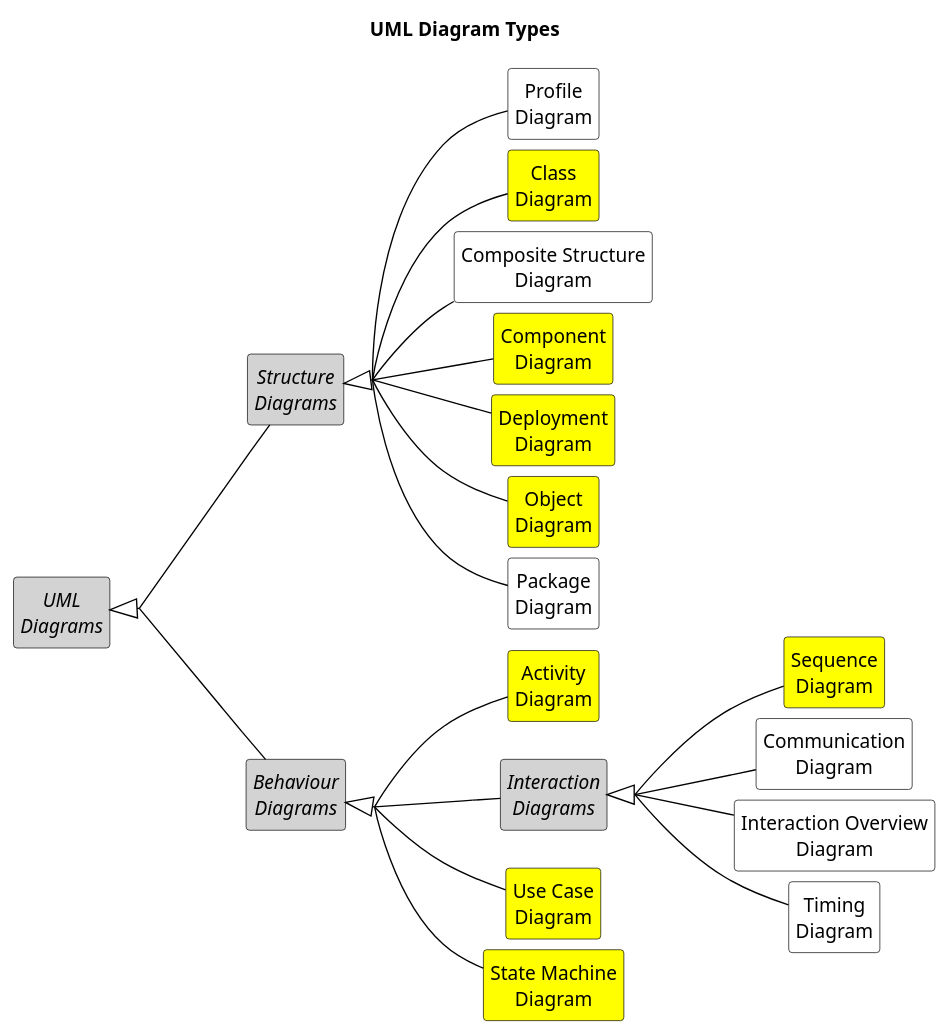
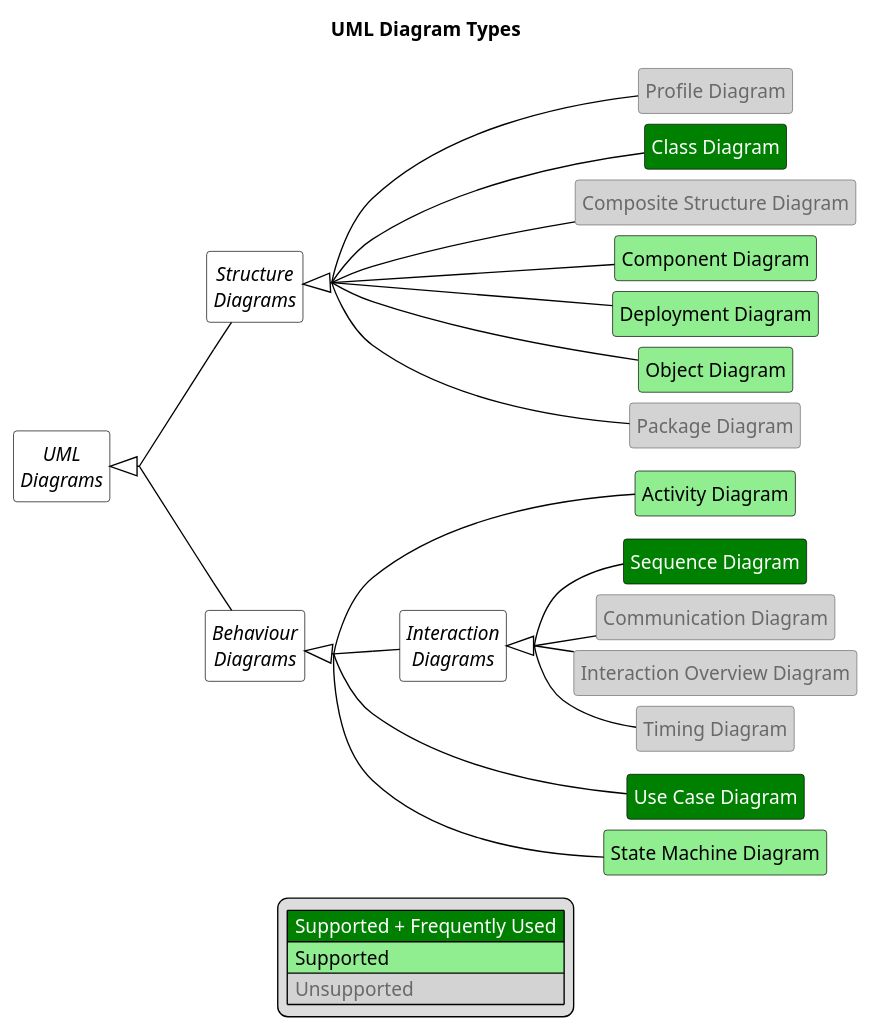
Before and after one commit to alan-playstudios/plantuml-experiments: the diagram in PlantUML/DiagramTypes.puml, drawn with PlantUML.

Commit message:
Edited the diagram-types diagram appearance somewhat

```diff
--- a/PlantUML/DiagramTypes.puml
+++ b/PlantUML/DiagramTypes.puml
@@ -1,72 +1,97 @@
-@startuml
+@startuml UML Diagram Types
 'https://plantuml.com/class-diagram
 
 left to right direction
 
 skinparam Padding 2
 skinparam NodeSep 8
+skinparam RankSep 30
 skinparam groupInheritance 2
 
+skinparam class<<Category>> {
+    BackgroundColor White
+    BorderColor Black
+}
+
+skinparam class<<FrequentSupported>> {
+    BackgroundColor Green
+    BorderColor Black
+    FontColor White
+}
+
+skinparam class<<Supported>> {
+    BackgroundColor LightGreen
+    BorderColor Black
+}
+
+skinparam class<<Unsupported>> {
+    BackgroundColor LightGray
+    BorderColor DimGray
+    FontColor DimGray
+}
+
 skinparam class {
-    BackgroundColor<<Category>> LightGray
-    BackgroundColor<<SupportedDiagram>> Yellow
-    BackgroundColor<<Diagram>> White
     ArrowColor Black
-    BorderColor Black
 }
 
 hide circle
 hide stereotype
 hide methods
 hide fields
 
 title "UML Diagram Types"
 
 abstract Diagram as "UML\nDiagrams" <<Category>>
 abstract Structure as "Structure\nDiagrams" <<Category>>
 abstract Behaviour as "Behaviour\nDiagrams" <<Category>>
 
 Diagram <|-- Structure
 Diagram <|-- Behaviour
 
 together {
-    class Profile as "Profile\nDiagram" <<Diagram>>
-    class Class as "Class\nDiagram" <<SupportedDiagram>>
-    class CompositeStructure as "Composite Structure\nDiagram" <<Diagram>>
-    class Component as "Component\nDiagram" <<SupportedDiagram>>
-    class Deployment as "Deployment\nDiagram" <<SupportedDiagram>>
-    class Object as "Object\nDiagram" <<SupportedDiagram>>
-    class Package as "Package\nDiagram" <<Diagram>>
+    class Profile as "Profile Diagram" <<Unsupported>>
+    class Class as "Class Diagram" <<FrequentSupported>>
+    class CompositeStructure as "Composite Structure Diagram" <<Unsupported>>
+    class Component as "Component Diagram" <<Supported>>
+    class Deployment as "Deployment Diagram" <<Supported>>
+    class Object as "Object Diagram" <<Supported>>
+    class Package as "Package Diagram" <<Unsupported>>
 }
 
-Structure <|-- Profile
-Structure <|-- Class
-Structure <|-- CompositeStructure 
-Structure <|-- Component 
-Structure <|-- Deployment 
-Structure <|-- Object
-Structure <|-- Package
+Structure <|--- Profile
+Structure <|--- Class
+Structure <|--- CompositeStructure 
+Structure <|--- Component 
+Structure <|--- Deployment 
+Structure <|--- Object
+Structure <|--- Package
 
-class Activity as "Activity\nDiagram" <<SupportedDiagram>>
+class Activity as "Activity Diagram" <<Supported>>
 abstract Interaction as "Interaction\nDiagrams" <<Category>>
-class UseCase as "Use Case\nDiagram" <<SupportedDiagram>>
-class StateMachine as "State Machine\nDiagram" <<SupportedDiagram>>
+class UseCase as "Use Case Diagram" <<FrequentSupported>>
+class StateMachine as "State Machine Diagram" <<Supported>>
 
-Behaviour <|-- Activity
+Behaviour <|--- Activity
 Behaviour <|-- Interaction
-Behaviour <|-- UseCase
-Behaviour <|-- StateMachine 
+Behaviour <|--- UseCase
+Behaviour <|--- StateMachine 
 
 together {
-    class Sequence as "Sequence\nDiagram" <<SupportedDiagram>>
-    class Communication as "Communication\nDiagram" <<Diagram>>
-    class InteractionOverview as "Interaction Overview\nDiagram" <<Diagram>>
-    class Timing as "Timing\nDiagram" <<Diagram>>
+    class Sequence as "Sequence Diagram" <<FrequentSupported>>
+    class Communication as "Communication Diagram" <<Unsupported>>
+    class InteractionOverview as "Interaction Overview Diagram" <<Unsupported>>
+    class Timing as "Timing Diagram" <<Unsupported>>
 }
 
 Interaction <|-- Sequence 
 Interaction <|-- Communication
 Interaction <|-- InteractionOverview
 Interaction <|-- Timing
 
+legend bottom
+    |<#Green> <color:#White>Supported + Frequently Used |
+    |<#LightGreen> Supported |
+    |<#LightGray> <color:#DimGray>Unsupported |
+endlegend
+
 @enduml
```
